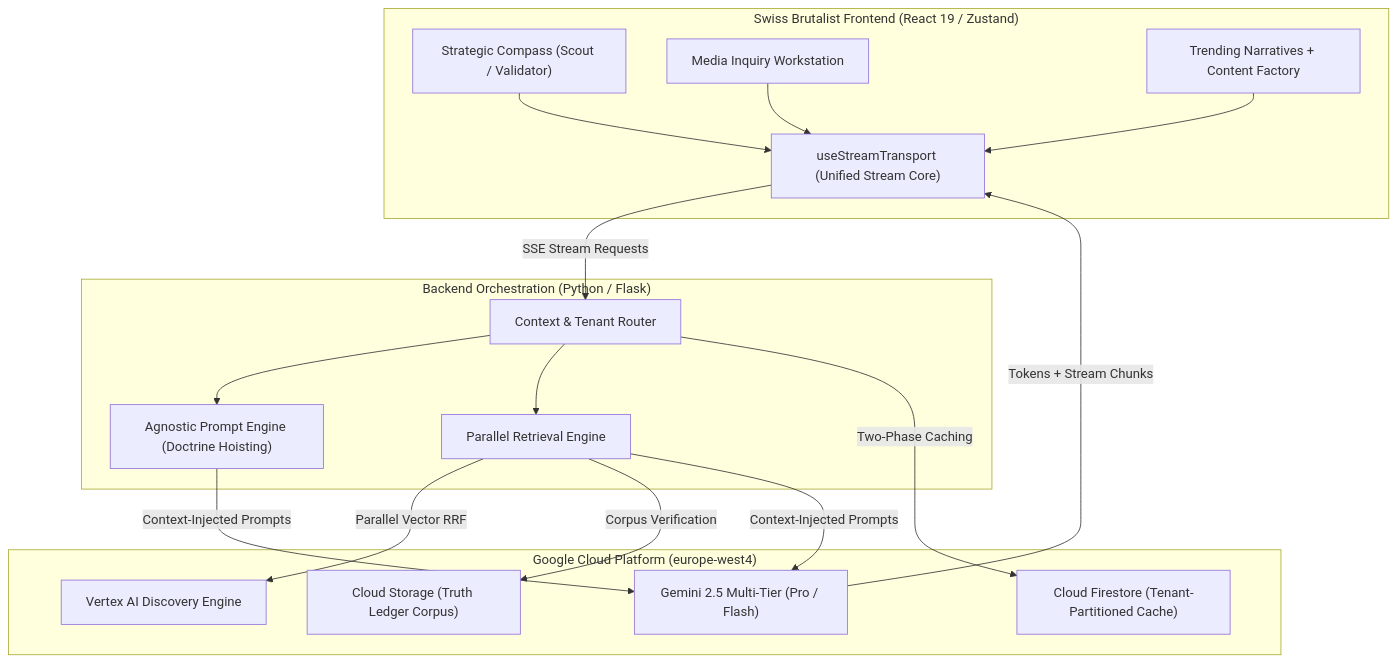
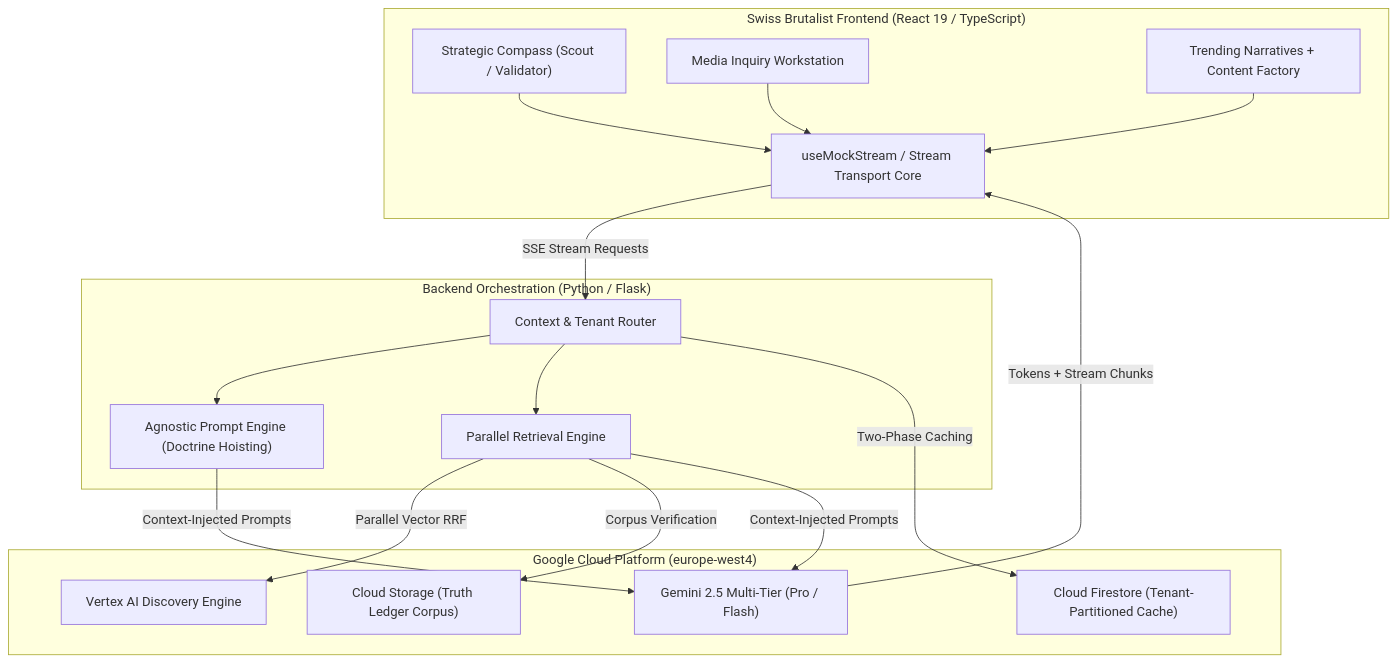
The diagram in README.md (Flx-xlF/strategic-analysis-app-case-study), drawn with Mermaid before and after one commit. The commit also changed other lines of this file and 22 other files, not shown here.

````diff
--- a/README.md
+++ b/README.md
@@ -85,32 +84,32 @@
 ```mermaid
 flowchart TD
-    subgraph UI ["Swiss Brutalist Frontend (React 19 / Zustand)"]
+    subgraph UI ["Swiss Brutalist Frontend (React 19 / TypeScript)"]
         SC["Strategic Compass (Scout / Validator)"]
         MI["Media Inquiry Workstation"]
         TN["Trending Narratives + Content Factory"]
-        UST["useStreamTransport (Unified Stream Core)"]
+        UST["useMockStream / Stream Transport Core"]
     end
 
     subgraph API ["Backend Orchestration (Python / Flask)"]
         CR["Context & Tenant Router"]
         PE["Agnostic Prompt Engine (Doctrine Hoisting)"]
         RE["Parallel Retrieval Engine"]
     end
 
     subgraph Intelligence ["Google Cloud Platform (europe-west4)"]
         VAI["Vertex AI Discovery Engine"]
         GEM["Gemini 2.5 Multi-Tier (Pro / Flash)"]
         FS["Cloud Firestore (Tenant-Partitioned Cache)"]
         GCS["Cloud Storage (Truth Ledger Corpus)"]
     end
 
     SC & MI & TN --> UST
     UST -- "SSE Stream Requests" --> CR
     CR --> PE
     CR --> RE
     RE -- "Parallel Vector RRF" --> VAI
     RE -- "Corpus Verification" --> GCS
     PE & RE -- "Context-Injected Prompts" --> GEM
     GEM -- "Tokens + Stream Chunks" --> UST
     CR -- "Two-Phase Caching" --> FS
 ```
````
